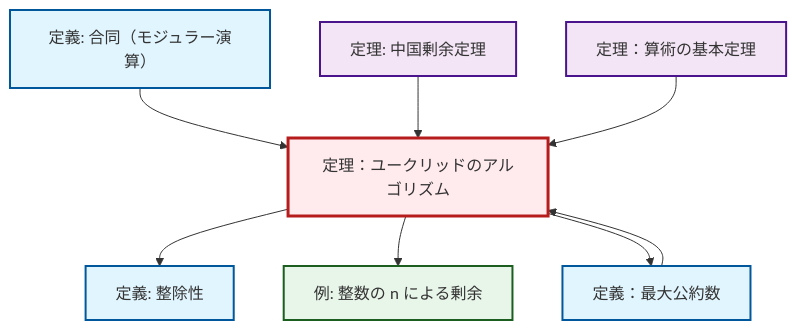
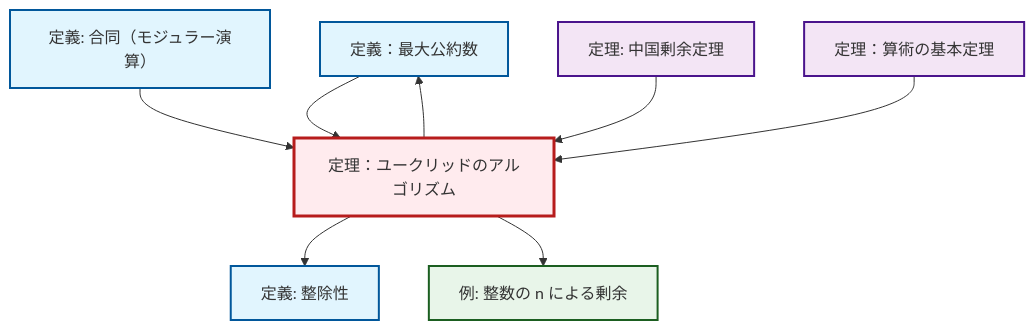
Before and after one commit to RK0429/ModernMath: the second of 2 diagrams in content/ja/number-theory/thm-euclidean-algorithm.qmd, drawn with Mermaid. The commit also changed other lines of this file and 1012 other files, not shown here.

````diff
--- a/content/ja/number-theory/thm-euclidean-algorithm.qmd
+++ b/content/ja/number-theory/thm-euclidean-algorithm.qmd
@@ -96,30 +96,30 @@
 ```{mermaid}
 %%| fig-cap: "Local dependency graph"
 graph TD
     classDef definition fill:#e1f5fe,stroke:#01579b,stroke-width:2px
     classDef theorem fill:#f3e5f5,stroke:#4a148c,stroke-width:2px
     classDef axiom fill:#fff3e0,stroke:#e65100,stroke-width:2px
     classDef example fill:#e8f5e9,stroke:#1b5e20,stroke-width:2px
     classDef current fill:#ffebee,stroke:#b71c1c,stroke-width:3px
+    def-gcd["定義：最大公約数"]:::definition
+    thm-chinese-remainder["定理: 中国剰余定理"]:::theorem
     def-congruence["定義: 合同（モジュラー演算）"]:::definition
-    def-divisibility["定義: 整除性"]:::definition
     thm-fundamental-arithmetic["定理：算術の基本定理"]:::theorem
     thm-euclidean-algorithm["定理：ユークリッドのアルゴリズム"]:::theorem
-    thm-chinese-remainder["定理: 中国剰余定理"]:::theorem
-    def-gcd["定義：最大公約数"]:::definition
+    def-divisibility["定義: 整除性"]:::definition
     ex-quotient-integers-mod-n["例: 整数の n による剰余"]:::example
+    def-gcd --> thm-euclidean-algorithm
+    thm-euclidean-algorithm --> def-gcd
     def-congruence --> thm-euclidean-algorithm
-    def-gcd --> thm-euclidean-algorithm
     thm-euclidean-algorithm --> def-divisibility
     thm-euclidean-algorithm --> ex-quotient-integers-mod-n
-    thm-euclidean-algorithm --> def-gcd
     thm-chinese-remainder --> thm-euclidean-algorithm
     thm-fundamental-arithmetic --> thm-euclidean-algorithm
     class thm-euclidean-algorithm current
+    click def-gcd "def-gcd.html" "定義：最大公約数へ"
+    click thm-chinese-remainder "thm-chinese-remainder.html" "中国剰余定理の定理へ"
     click def-congruence "def-congruence.html" "合同（モジュラー演算）の定義へ"
+    click thm-fundamental-arithmetic "thm-fundamental-arithmetic.html" "定理：算術の基本定理へ"
     click def-divisibility "def-divisibility.html" "整除性の定義へ"
-    click thm-fundamental-arithmetic "thm-fundamental-arithmetic.html" "定理：算術の基本定理へ"
-    click thm-chinese-remainder "thm-chinese-remainder.html" "中国剰余定理の定理へ"
-    click def-gcd "def-gcd.html" "定義：最大公約数へ"
     click ex-quotient-integers-mod-n "ex-quotient-integers-mod-n.html" "整数の n による剰余の例へ"
 ```
````
